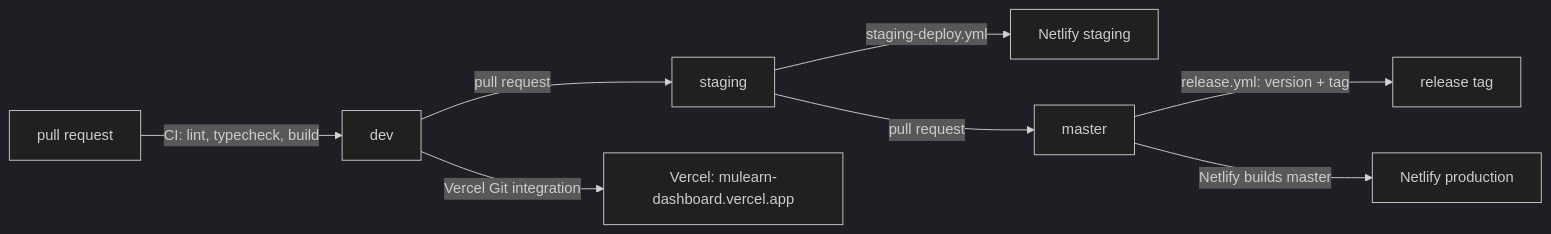
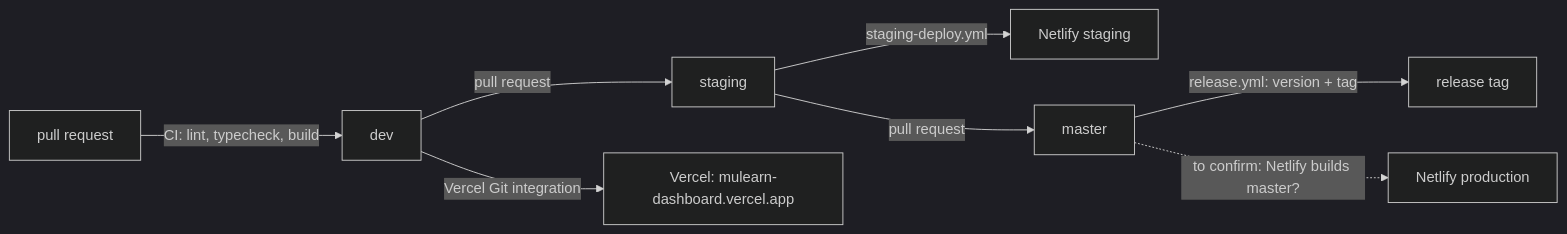
One commit to gtech-mulearn/mulearn-dashboard changed the diagram in docs/architecture/10-build-and-deployment.md. Above: the diagram before and after it, drawn with Mermaid (dark theme). The commit also changed other lines of this file and 3 other files, not shown here.

````diff
--- a/docs/architecture/10-build-and-deployment.md
+++ b/docs/architecture/10-build-and-deployment.md
@@ -15,10 +15,10 @@
 ```mermaid
 flowchart LR
   PR["pull request"] -->|"CI: lint, typecheck, build"| DEV["dev"]
   DEV -->|"pull request"| STG["staging"]
   STG -->|"staging-deploy.yml"| NS["Netlify staging"]
   STG -->|"pull request"| MAS["master"]
   MAS -->|"release.yml: version + tag"| TAG["release tag"]
-  MAS -->|"Netlify builds master"| NP["Netlify production"]
+  MAS -.->|"to confirm: Netlify builds master?"| NP["Netlify production"]
   DEV -->|"Vercel Git integration"| VD["Vercel: mulearn-dashboard.vercel.app"]
 ```
````
